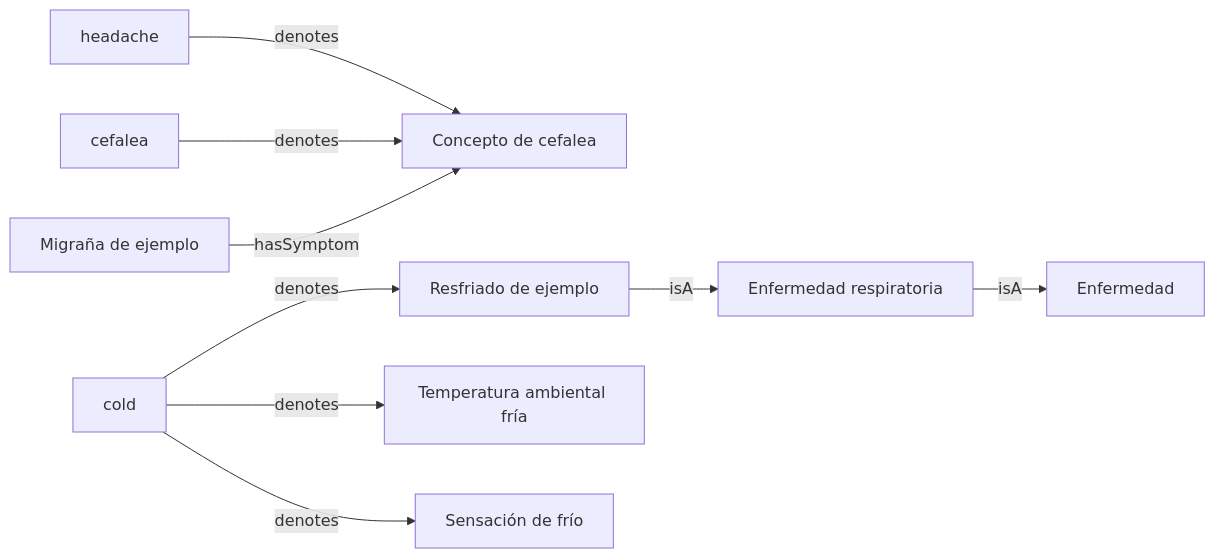
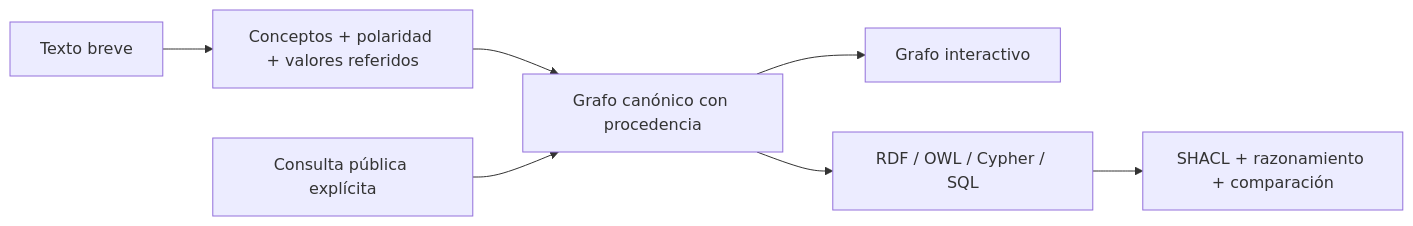
The diagram in README.es.md (beabustor/knowledge_engineer), drawn with Mermaid before and after one commit. The commit also changed other lines of this file and 46 other files, not shown here.

````diff
--- a/README.es.md
+++ b/README.es.md
@@ -55,11 +85,9 @@
 ```mermaid
-graph LR
-  A[headache] -->|denotes| C[Concepto de cefalea]
-  B[cefalea] -->|denotes| C
-  M[Migraña de ejemplo] -->|hasSymptom| C
-  R[Resfriado de ejemplo] -->|isA| E[Enfermedad respiratoria]
-  E -->|isA| D[Enfermedad]
-  F[cold] -->|denotes| T[Temperatura ambiental fría]
-  F -->|denotes| S[Sensación de frío]
-  F -->|denotes| R
+flowchart LR
+ A[Texto breve] --> B[Conceptos + polaridad + valores referidos]
+ B --> C[Grafo canónico con procedencia]
+ C --> D[Grafo interactivo]
+ C --> E[RDF / OWL / Cypher / SQL]
+ F[Consulta pública explícita] --> C
+ E --> G[SHACL + razonamiento + comparación]
 ```
````
